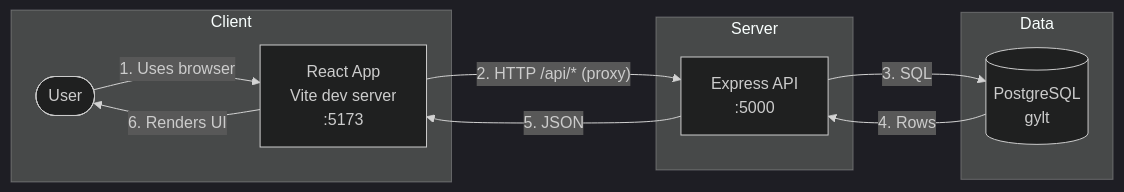
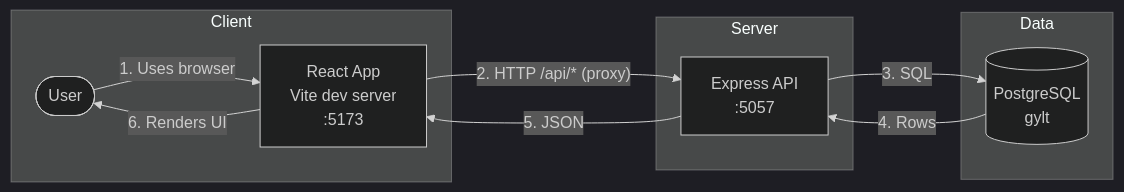
One commit to byu-blake-create/Prototype-401 changed the diagram in README.md. Above: the diagram before and after it, drawn with Mermaid (dark theme). The commit also changed other lines of this file and 5 other files, not shown here.

````diff
--- a/README.md
+++ b/README.md
@@ -19,22 +19,22 @@
 ```mermaid
 flowchart LR
     subgraph Client
         User([User])
         Frontend[React App\nVite dev server\n:5173]
     end
 
     subgraph Server
-        Backend[Express API\n:5000]
+        Backend[Express API\n:5057]
     end
 
     subgraph Data
         DB[(PostgreSQL\ngylt)]
     end
 
     User -->|"1. Uses browser"| Frontend
     Frontend -->|"2. HTTP /api/* (proxy)"| Backend
     Backend -->|"3. SQL"| DB
     DB -->|"4. Rows"| Backend
     Backend -->|"5. JSON"| Frontend
     Frontend -->|"6. Renders UI"| User
 ```
````
